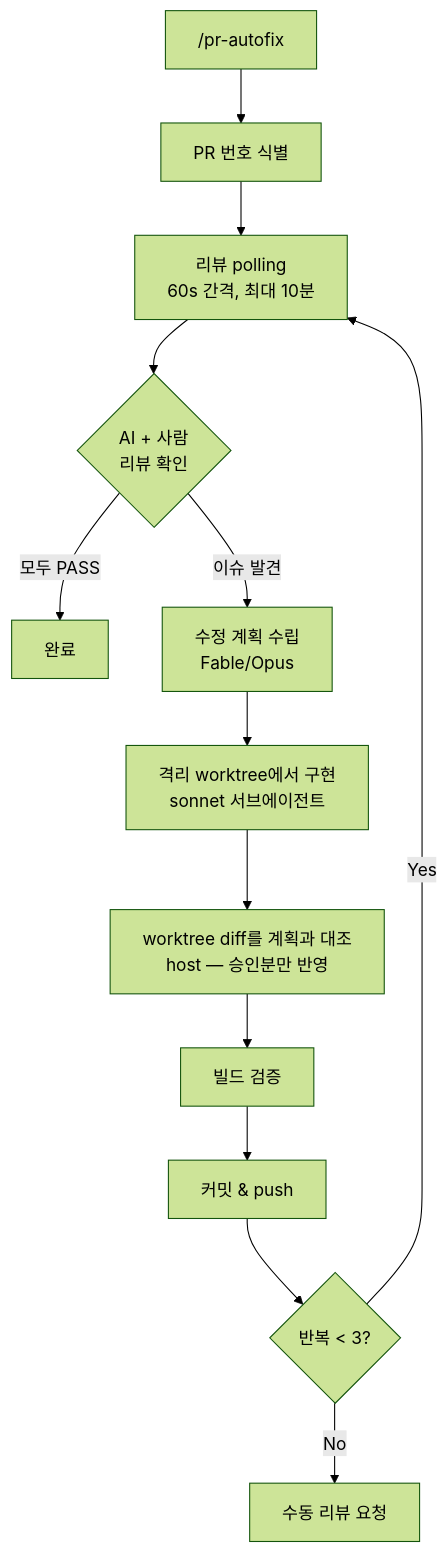
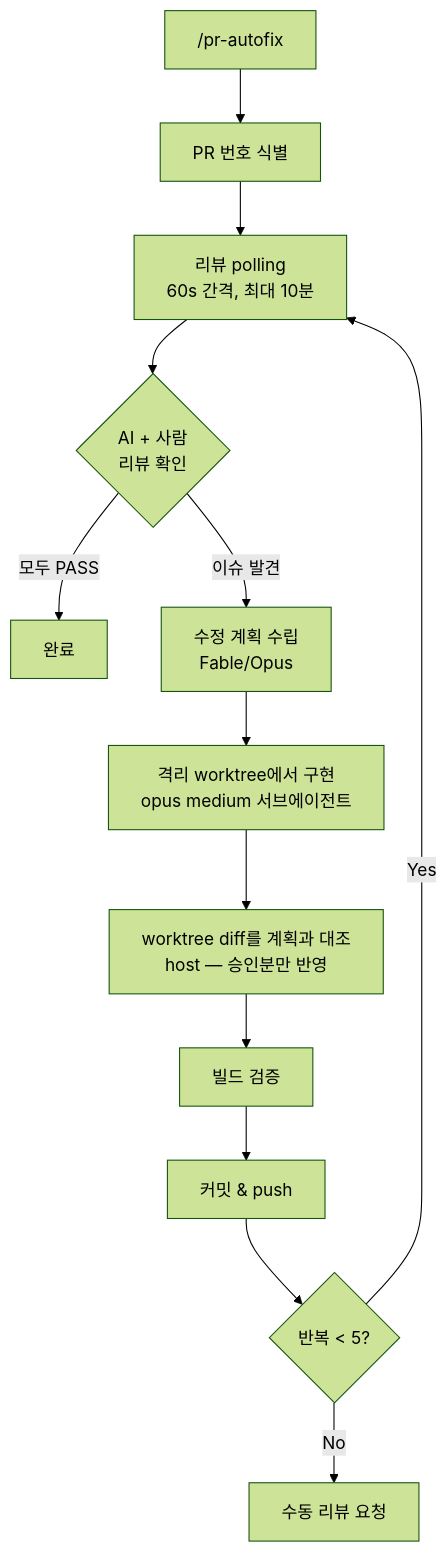
Before and after one commit to Atom-oh/oh-my-cloud-skills: the diagram in doc-sites/docs/project-init/skills/pr-autofix.md, drawn with Mermaid (forest theme). The commit also changed other lines of this file and 10 other files, not shown here.

````diff
--- a/doc-sites/docs/project-init/skills/pr-autofix.md
+++ b/doc-sites/docs/project-init/skills/pr-autofix.md
@@ -29,15 +30,15 @@
 ```mermaid
 flowchart TD
     A["/pr-autofix"] --> B[PR 번호 식별]
     B --> C[리뷰 polling<br/>60s 간격, 최대 10분]
     C --> D{AI + 사람<br/>리뷰 확인}
     D -->|모두 PASS| E[완료]
     D -->|이슈 발견| F[수정 계획 수립<br/>Fable/Opus]
-    F --> F2[격리 worktree에서 구현<br/>sonnet 서브에이전트]
+    F --> F2[격리 worktree에서 구현<br/>opus medium 서브에이전트]
     F2 --> V[worktree diff를 계획과 대조<br/>host — 승인분만 반영]
     V --> G[빌드 검증]
     G --> H[커밋 & push]
-    H --> I{반복 < 3?}
+    H --> I{반복 < 5?}
     I -->|Yes| C
     I -->|No| J[수동 리뷰 요청]
 ```
````
